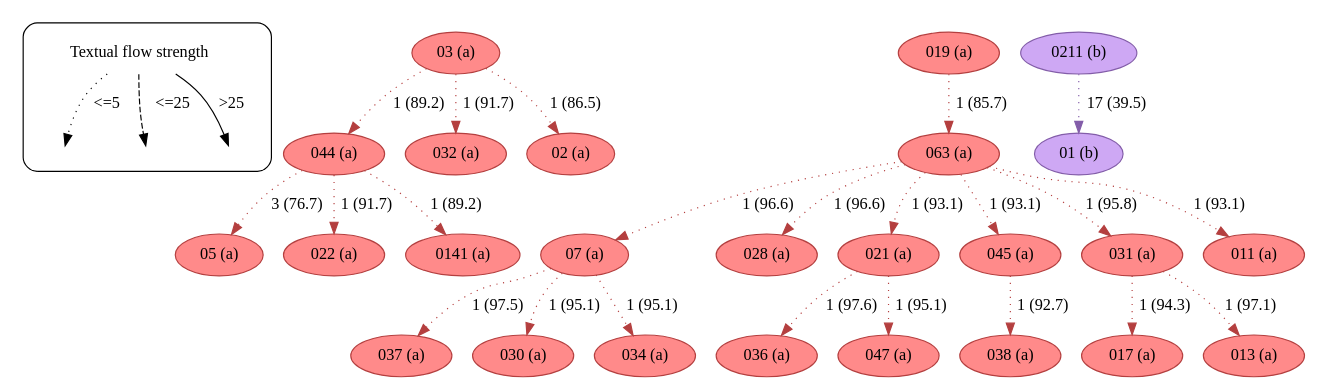
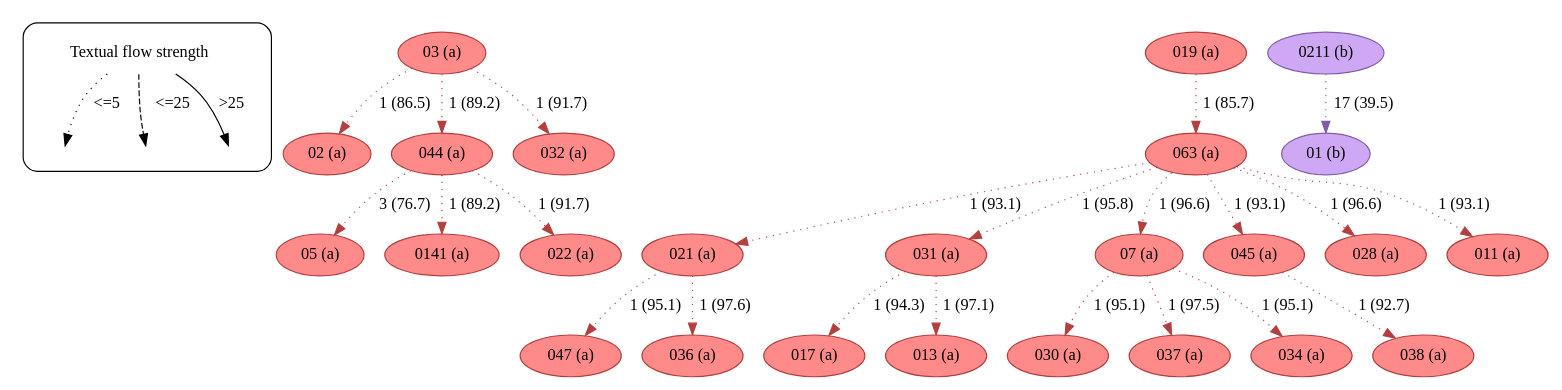
Before and after one commit to edmondac/CBGM: the diagram in example/c499/textual_flow_21_28-30_c499.dot, drawn with Graphviz. The commit also changed other lines of this file and 164 other files, not shown here.

```diff
--- a/example/c499/textual_flow_21_28-30_c499.dot
+++ b/example/c499/textual_flow_21_28-30_c499.dot
@@ -1,192 +1,192 @@
 strict digraph  {
 	node [label="\N"];
 	subgraph cluster_legend {
 		graph [style=rounded];
 		leg_s		 [label="Textual flow strength",
 			shape=plaintext];
 		leg_e1		 [fixedsize=True,
 			height=0.2,
 			label="",
 			style=invis];
 		leg_s -> leg_e1		 [label="<=5  ",
 			style=dotted];
 		leg_e2		 [fixedsize=True,
 			height=0.2,
 			label="",
 			style=invis];
 		leg_s -> leg_e2		 [label="  <=25",
 			style=dashed];
 		leg_e3		 [fixedsize=True,
 			height=0.2,
 			label="",
 			style=invis];
 		leg_s -> leg_e3		 [label=">25",
 			style=solid];
 	}
+	03	 [color="#b43f3f",
+		fillcolor="#FF8A8A",
+		label="03 (a)",
+		style=filled];
+	02	 [color="#b43f3f",
+		fillcolor="#FF8A8A",
+		label="02 (a)",
+		style=filled];
+	03 -> 02	 [color="#b43f3f",
+		label="1 (86.5)",
+		style=dotted];
 	044	 [color="#b43f3f",
 		fillcolor="#FF8A8A",
 		label="044 (a)",
-		style=filled];
-	05	 [color="#b43f3f",
-		fillcolor="#FF8A8A",
-		label="05 (a)",
-		style=filled];
-	044 -> 05	 [color="#b43f3f",
-		label="3 (76.7)",
-		style=dotted];
-	022	 [color="#b43f3f",
-		fillcolor="#FF8A8A",
-		label="022 (a)",
-		style=filled];
-	044 -> 022	 [color="#b43f3f",
-		label="1 (91.7)",
-		style=dotted];
-	0141	 [color="#b43f3f",
-		fillcolor="#FF8A8A",
-		label="0141 (a)",
-		style=filled];
-	044 -> 0141	 [color="#b43f3f",
-		label="1 (89.2)",
-		style=dotted];
-	063	 [color="#b43f3f",
-		fillcolor="#FF8A8A",
-		label="063 (a)",
-		style=filled];
-	07	 [color="#b43f3f",
-		fillcolor="#FF8A8A",
-		label="07 (a)",
-		style=filled];
-	063 -> 07	 [color="#b43f3f",
-		label="1 (96.6)",
-		style=dotted];
-	028	 [color="#b43f3f",
-		fillcolor="#FF8A8A",
-		label="028 (a)",
-		style=filled];
-	063 -> 028	 [color="#b43f3f",
-		label="1 (96.6)",
-		style=dotted];
-	021	 [color="#b43f3f",
-		fillcolor="#FF8A8A",
-		label="021 (a)",
-		style=filled];
-	063 -> 021	 [color="#b43f3f",
-		label="1 (93.1)",
-		style=dotted];
-	045	 [color="#b43f3f",
-		fillcolor="#FF8A8A",
-		label="045 (a)",
-		style=filled];
-	063 -> 045	 [color="#b43f3f",
-		label="1 (93.1)",
-		style=dotted];
-	031	 [color="#b43f3f",
-		fillcolor="#FF8A8A",
-		label="031 (a)",
-		style=filled];
-	063 -> 031	 [color="#b43f3f",
-		label="1 (95.8)",
-		style=dotted];
-	011	 [color="#b43f3f",
-		fillcolor="#FF8A8A",
-		label="011 (a)",
-		style=filled];
-	063 -> 011	 [color="#b43f3f",
-		label="1 (93.1)",
-		style=dotted];
-	037	 [color="#b43f3f",
-		fillcolor="#FF8A8A",
-		label="037 (a)",
-		style=filled];
-	07 -> 037	 [color="#b43f3f",
-		label="1 (97.5)",
-		style=dotted];
-	030	 [color="#b43f3f",
-		fillcolor="#FF8A8A",
-		label="030 (a)",
-		style=filled];
-	07 -> 030	 [color="#b43f3f",
-		label="1 (95.1)",
-		style=dotted];
-	034	 [color="#b43f3f",
-		fillcolor="#FF8A8A",
-		label="034 (a)",
-		style=filled];
-	07 -> 034	 [color="#b43f3f",
-		label="1 (95.1)",
-		style=dotted];
-	036	 [color="#b43f3f",
-		fillcolor="#FF8A8A",
-		label="036 (a)",
-		style=filled];
-	021 -> 036	 [color="#b43f3f",
-		label="1 (97.6)",
-		style=dotted];
-	047	 [color="#b43f3f",
-		fillcolor="#FF8A8A",
-		label="047 (a)",
-		style=filled];
-	021 -> 047	 [color="#b43f3f",
-		label="1 (95.1)",
-		style=dotted];
-	03	 [color="#b43f3f",
-		fillcolor="#FF8A8A",
-		label="03 (a)",
 		style=filled];
 	03 -> 044	 [color="#b43f3f",
 		label="1 (89.2)",
 		style=dotted];
 	032	 [color="#b43f3f",
 		fillcolor="#FF8A8A",
 		label="032 (a)",
 		style=filled];
 	03 -> 032	 [color="#b43f3f",
 		label="1 (91.7)",
 		style=dotted];
-	02	 [color="#b43f3f",
+	021	 [color="#b43f3f",
 		fillcolor="#FF8A8A",
-		label="02 (a)",
+		label="021 (a)",
 		style=filled];
-	03 -> 02	 [color="#b43f3f",
-		label="1 (86.5)",
+	047	 [color="#b43f3f",
+		fillcolor="#FF8A8A",
+		label="047 (a)",
+		style=filled];
+	021 -> 047	 [color="#b43f3f",
+		label="1 (95.1)",
 		style=dotted];
-	038	 [color="#b43f3f",
+	036	 [color="#b43f3f",
 		fillcolor="#FF8A8A",
-		label="038 (a)",
+		label="036 (a)",
 		style=filled];
-	045 -> 038	 [color="#b43f3f",
-		label="1 (92.7)",
+	021 -> 036	 [color="#b43f3f",
+		label="1 (97.6)",
+		style=dotted];
+	063	 [color="#b43f3f",
+		fillcolor="#FF8A8A",
+		label="063 (a)",
+		style=filled];
+	063 -> 021	 [color="#b43f3f",
+		label="1 (93.1)",
+		style=dotted];
+	031	 [color="#b43f3f",
+		fillcolor="#FF8A8A",
+		label="031 (a)",
+		style=filled];
+	063 -> 031	 [color="#b43f3f",
+		label="1 (95.8)",
+		style=dotted];
+	07	 [color="#b43f3f",
+		fillcolor="#FF8A8A",
+		label="07 (a)",
+		style=filled];
+	063 -> 07	 [color="#b43f3f",
+		label="1 (96.6)",
+		style=dotted];
+	045	 [color="#b43f3f",
+		fillcolor="#FF8A8A",
+		label="045 (a)",
+		style=filled];
+	063 -> 045	 [color="#b43f3f",
+		label="1 (93.1)",
+		style=dotted];
+	028	 [color="#b43f3f",
+		fillcolor="#FF8A8A",
+		label="028 (a)",
+		style=filled];
+	063 -> 028	 [color="#b43f3f",
+		label="1 (96.6)",
+		style=dotted];
+	011	 [color="#b43f3f",
+		fillcolor="#FF8A8A",
+		label="011 (a)",
+		style=filled];
+	063 -> 011	 [color="#b43f3f",
+		label="1 (93.1)",
 		style=dotted];
 	017	 [color="#b43f3f",
 		fillcolor="#FF8A8A",
 		label="017 (a)",
 		style=filled];
 	031 -> 017	 [color="#b43f3f",
 		label="1 (94.3)",
 		style=dotted];
 	013	 [color="#b43f3f",
 		fillcolor="#FF8A8A",
 		label="013 (a)",
 		style=filled];
 	031 -> 013	 [color="#b43f3f",
 		label="1 (97.1)",
 		style=dotted];
+	030	 [color="#b43f3f",
+		fillcolor="#FF8A8A",
+		label="030 (a)",
+		style=filled];
+	07 -> 030	 [color="#b43f3f",
+		label="1 (95.1)",
+		style=dotted];
+	037	 [color="#b43f3f",
+		fillcolor="#FF8A8A",
+		label="037 (a)",
+		style=filled];
+	07 -> 037	 [color="#b43f3f",
+		label="1 (97.5)",
+		style=dotted];
+	034	 [color="#b43f3f",
+		fillcolor="#FF8A8A",
+		label="034 (a)",
+		style=filled];
+	07 -> 034	 [color="#b43f3f",
+		label="1 (95.1)",
+		style=dotted];
 	019	 [color="#b43f3f",
 		fillcolor="#FF8A8A",
 		label="019 (a)",
 		style=filled];
 	019 -> 063	 [color="#b43f3f",
 		label="1 (85.7)",
+		style=dotted];
+	05	 [color="#b43f3f",
+		fillcolor="#FF8A8A",
+		label="05 (a)",
+		style=filled];
+	044 -> 05	 [color="#b43f3f",
+		label="3 (76.7)",
+		style=dotted];
+	0141	 [color="#b43f3f",
+		fillcolor="#FF8A8A",
+		label="0141 (a)",
+		style=filled];
+	044 -> 0141	 [color="#b43f3f",
+		label="1 (89.2)",
+		style=dotted];
+	022	 [color="#b43f3f",
+		fillcolor="#FF8A8A",
+		label="022 (a)",
+		style=filled];
+	044 -> 022	 [color="#b43f3f",
+		label="1 (91.7)",
+		style=dotted];
+	038	 [color="#b43f3f",
+		fillcolor="#FF8A8A",
+		label="038 (a)",
+		style=filled];
+	045 -> 038	 [color="#b43f3f",
+		label="1 (92.7)",
 		style=dotted];
 	0211	 [color="#835da9",
 		fillcolor="#CEA8F4",
 		label="0211 (b)",
 		style=filled];
 	01	 [color="#835da9",
 		fillcolor="#CEA8F4",
 		label="01 (b)",
 		style=filled];
 	0211 -> 01	 [color="#835da9",
 		label="17 (39.5)",
 		style=dotted];
 }
```
